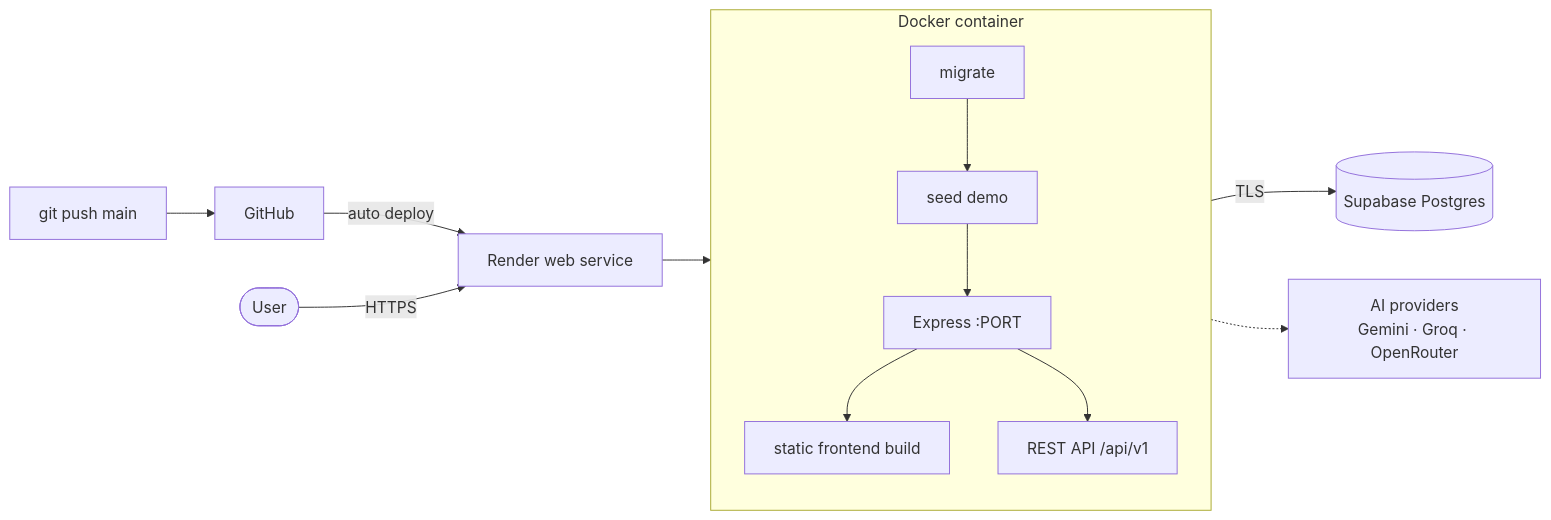
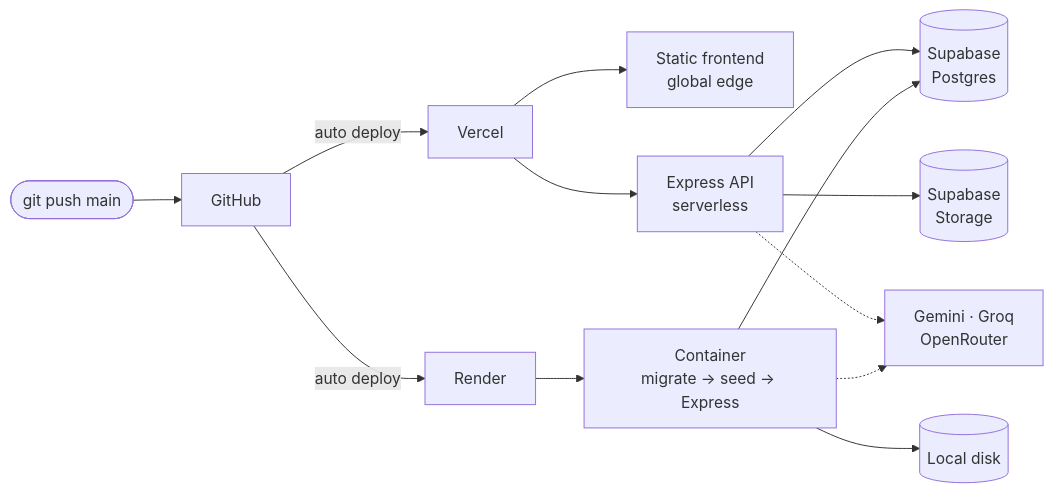
Before and after one commit to me-adityaraj8/career-os: the tenth of 11 diagrams in README.md, drawn with Mermaid. The commit also changed other lines of this file, not shown here.

Commit message:
Document the Vercel deploy and the storage driver in the README

````diff
--- a/README.md
+++ b/README.md
@@ -630,15 +650,17 @@
 ```mermaid
-graph LR
-    Dev[git push main] --> GH[GitHub]
-    GH -->|auto deploy| RN[Render web service]
-    subgraph C[Docker container]
-        direction TB
-        MIG[migrate] --> SEED[seed demo] --> SRV[Express :PORT]
-        SRV --> ST[static frontend build]
-        SRV --> API[REST API /api/v1]
-    end
-    RN --> C
-    API -->|TLS| PG[(Supabase Postgres)]
-    API -.-> AI[AI providers<br/>Gemini · Groq · OpenRouter]
-    User([User]) -->|HTTPS| RN
+flowchart LR
+    Dev([git push main]) --> GH[GitHub]
+    GH -->|auto deploy| VC[Vercel]
+    GH -->|auto deploy| RD[Render]
+
+    VC --> CDN[Static frontend<br/>global edge]
+    VC --> FN[Express API<br/>serverless]
+    RD --> CT[Container<br/>migrate → seed → Express]
+
+    FN --> PG[(Supabase<br/>Postgres)]
+    CT --> PG
+    FN --> OBJ[(Supabase<br/>Storage)]
+    CT --> DSK[(Local disk)]
+    FN -.-> AI[Gemini · Groq<br/>OpenRouter]
+    CT -.-> AI
 ```
````
